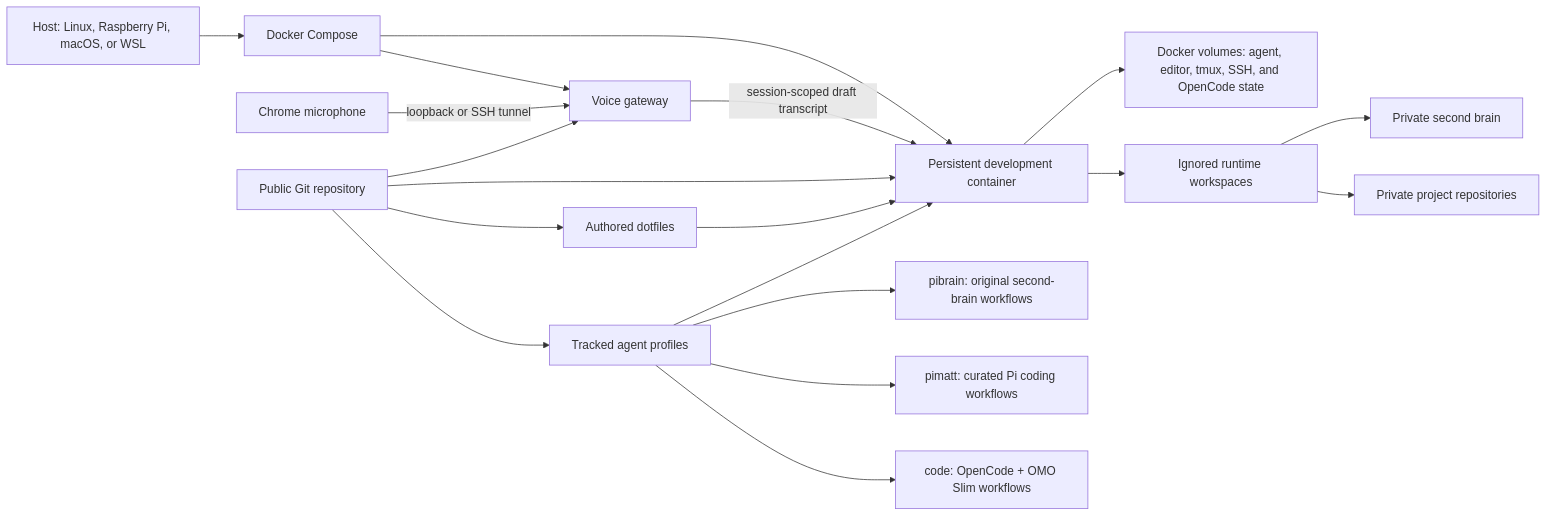
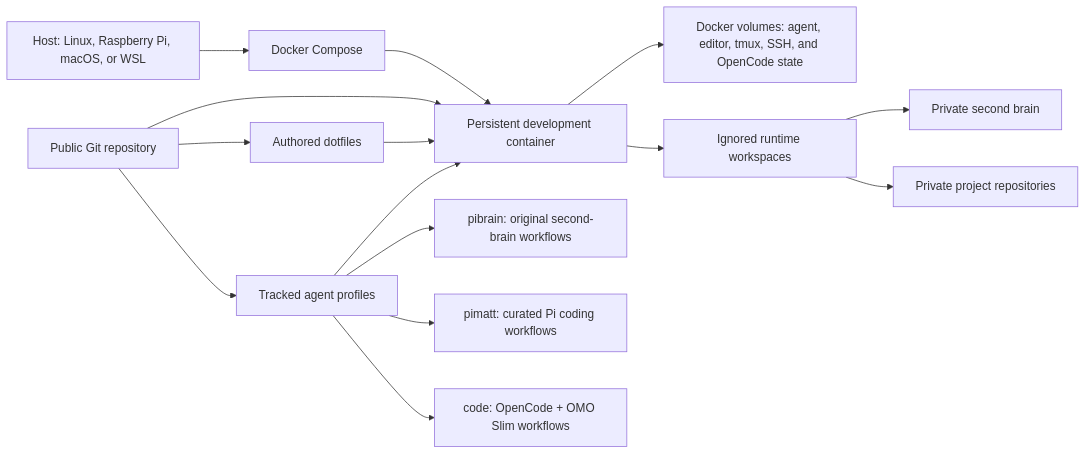
The diagram in README.md (hanno-meister/pi_agent), drawn with Mermaid before and after one commit. The commit also changed other lines of this file and 188 other files, not shown here.

````diff
--- a/README.md
+++ b/README.md
@@ -61,24 +61,20 @@
 ```mermaid
 flowchart LR
     H["Host: Linux, Raspberry Pi, macOS, or WSL"] --> DC["Docker Compose"]
     DC --> C["Persistent development container"]
-    DC --> G["Voice gateway"]
-    B["Chrome microphone"] -->|"loopback or SSH tunnel"| G
-    G -->|"session-scoped draft transcript"| C
 
     R["Public Git repository"] --> C
-    R --> G
     R --> D["Authored dotfiles"]
     R --> P["Tracked agent profiles"]
 
     D --> C
     P --> C
     P --> PB["pibrain: original second-brain workflows"]
     P --> PM["pimatt: curated Pi coding workflows"]
     P --> PC["code: OpenCode + OMO Slim workflows"]
 
     C --> V["Docker volumes: agent, editor, tmux, SSH, and OpenCode state"]
     C --> W["Ignored runtime workspaces"]
     W --> S["Private second brain"]
     W --> A["Private project repositories"]
 ```
````
